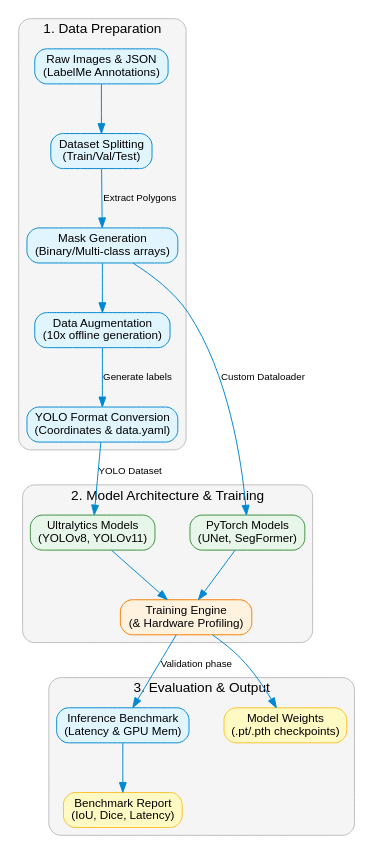
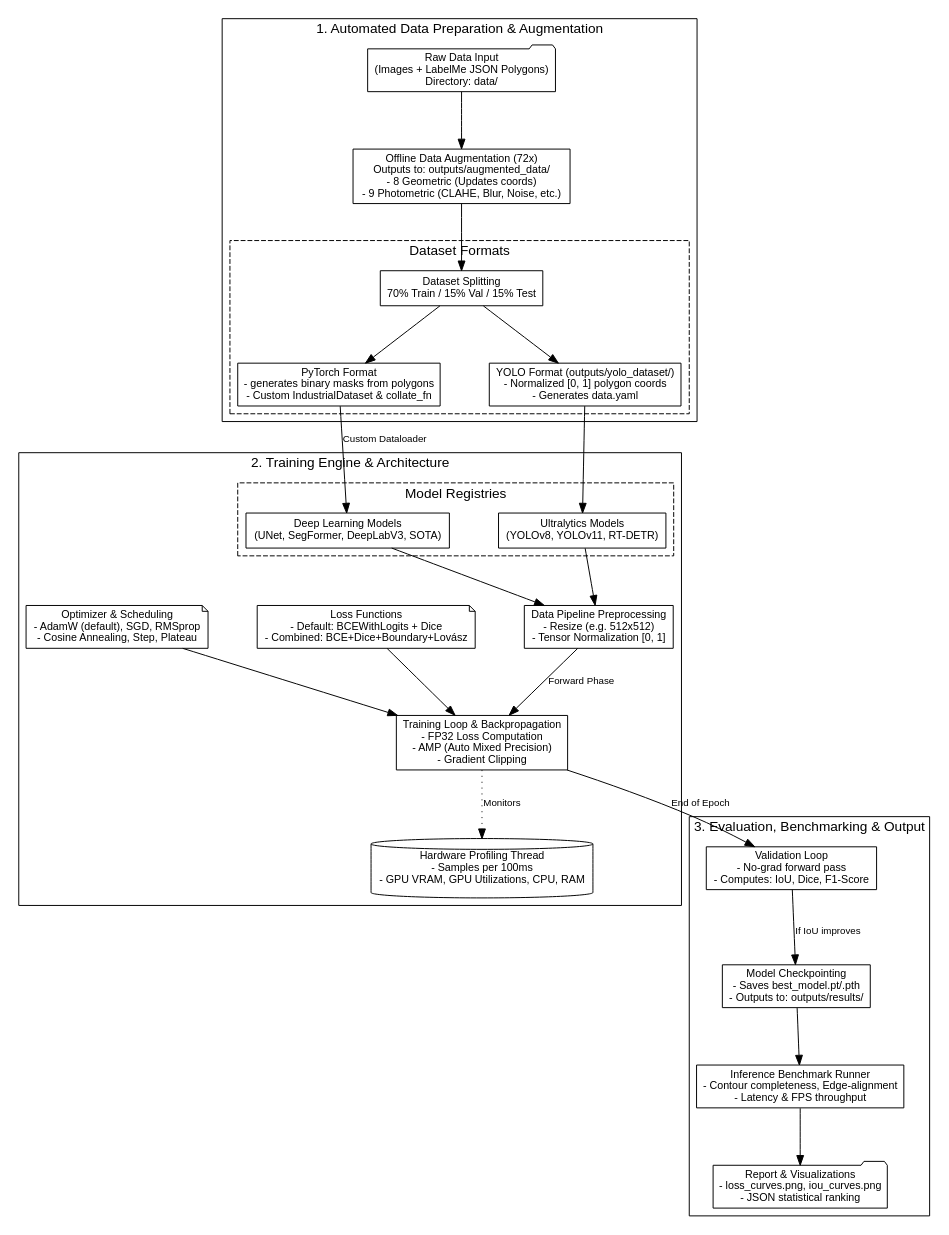
One commit to zakari4/internship-2026-stator-vision-inspection changed the diagram in docs/training_pipeline.dot. Above: the diagram before and after it, drawn with Graphviz. The commit also changed 3 other files, not shown here.

First line of the commit message:
docs: regenerate process diagrams in detailed black and white

```diff
--- a/docs/training_pipeline.dot
+++ b/docs/training_pipeline.dot
@@ -1,54 +1,80 @@
-digraph TrainingPipeline {
-    node [shape=box, style="rounded,filled", fillcolor="#e1f5fe", color="#0288d1", fontname="Arial", fontsize=12];
-    edge [color="#0288d1", fontname="Arial", fontsize=10];
+digraph DetailedTrainingPipeline {
+    node [shape=box, style="solid", color="black", fillcolor="white", fontname="Arial", fontsize=11];
+    edge [color="black", fontname="Arial", fontsize=10];
     fontname="Arial";
     rankdir=TD;
-    nodesep=0.5;
-    ranksep=0.7;
+    compound=true;
+    nodesep=0.7;
+    ranksep=0.8;
 
     subgraph cluster_data {
-        label="1. Data Preparation";
-        style="rounded,filled";
-        fillcolor="#f5f5f5";
-        color="#bdbdbd";
-        A [label="Raw Images & JSON\n(LabelMe Annotations)"];
-        B [label="Dataset Splitting\n(Train/Val/Test)"];
-        C [label="Mask Generation\n(Binary/Multi-class arrays)"];
-        D [label="Data Augmentation\n(10x offline generation)"];
-        E [label="YOLO Format Conversion\n(Coordinates & data.yaml)"];
+        label="1. Automated Data Preparation & Augmentation";
+        style="solid";
+        color="black";
         
-        A -> B;
-        B -> C [label=" Extract Polygons"];
-        C -> D;
-        D -> E [label=" Generate labels"];
+        RawData [label="Raw Data Input\n(Images + LabelMe JSON Polygons)\nDirectory: data/", shape=folder];
+        Augment [label="Offline Data Augmentation (72x)\nOutputs to: outputs/augmented_data/\n - 8 Geometric (Updates coords)\n - 9 Photometric (CLAHE, Blur, Noise, etc.)"];
+        Split [label="Dataset Splitting\n70% Train / 15% Val / 15% Test"];
+        
+        RawData -> Augment;
+        Augment -> Split;
+        
+        subgraph cluster_format {
+            label="Dataset Formats";
+            style="dashed";
+            PytorchDS [label="PyTorch Format\n- generates binary masks from polygons\n- Custom IndustrialDataset & collate_fn"];
+            YoloDS [label="YOLO Format (outputs/yolo_dataset/)\n- Normalized [0, 1] polygon coords\n- Generates data.yaml"];
+            Split -> PytorchDS;
+            Split -> YoloDS;
+        }
     }
 
-    subgraph cluster_training {
-        label="2. Model Architecture & Training";
-        style="rounded,filled";
-        fillcolor="#f5f5f5";
-        color="#bdbdbd";
-        F [label="PyTorch Models\n(UNet, SegFormer)", fillcolor="#e8f5e9", color="#388e3c"];
-        G [label="Ultralytics Models\n(YOLOv8, YOLOv11)", fillcolor="#e8f5e9", color="#388e3c"];
-        H [label="Training Engine\n(& Hardware Profiling)", fillcolor="#fff3e0", color="#f57c00"];
+    subgraph cluster_training_loop {
+        label="2. Training Engine & Architecture";
+        style="solid";
+        color="black";
         
-        C -> F [label=" Custom Dataloader"];
-        E -> G [label=" YOLO Dataset"];
-        F -> H;
-        G -> H;
+        subgraph cluster_models {
+            label="Model Registries";
+            style="dashed";
+            PyTorchModels [label="Deep Learning Models\n(UNet, SegFormer, DeepLabV3, SOTA)"];
+            UltralyticsModels [label="Ultralytics Models\n(YOLOv8, YOLOv11, RT-DETR)"];
+        }
+
+        Prep [label="Data Pipeline Preprocessing\n- Resize (e.g. 512x512)\n- Tensor Normalization [0, 1]"];
+        
+        PytorchDS -> PyTorchModels [label=" Custom Dataloader"];
+        YoloDS -> UltralyticsModels;
+
+        PyTorchModels -> Prep;
+        UltralyticsModels -> Prep;
+
+        LossFuncs [label="Loss Functions\n- Default: BCEWithLogits + Dice\n- Combined: BCE+Dice+Boundary+Lovász", shape=note];
+        Optim [label="Optimizer & Scheduling\n- AdamW (default), SGD, RMSprop\n- Cosine Annealing, Step, Plateau", shape=note];
+        
+        Backward [label="Training Loop & Backpropagation\n- FP32 Loss Computation\n- AMP (Auto Mixed Precision)\n- Gradient Clipping"];
+        
+        HW [label="Hardware Profiling Thread\n- Samples per 100ms\n- GPU VRAM, GPU Utilizations, CPU, RAM", shape=cylinder];
+
+        Prep -> Backward [label=" Forward Phase"];
+        LossFuncs -> Backward;
+        Optim -> Backward;
+        Backward -> HW [style="dotted", label=" Monitors"];
     }
 
     subgraph cluster_eval {
-        label="3. Evaluation & Output";
-        style="rounded,filled";
-        fillcolor="#f5f5f5";
-        color="#bdbdbd";
-        I [label="Inference Benchmark\n(Latency & GPU Mem)"];
-        J [label="Benchmark Report\n(IoU, Dice, Latency)", fillcolor="#fff9c4", color="#fbc02d"];
-        K [label="Model Weights\n(.pt/.pth checkpoints)", fillcolor="#fff9c4", color="#fbc02d"];
+        label="3. Evaluation, Benchmarking & Output";
+        style="solid";
+        color="black";
         
-        H -> I [label=" Validation phase"];
-        I -> J;
-        H -> K;
+        ValLoop [label="Validation Loop\n- No-grad forward pass\n- Computes: IoU, Dice, F1-Score"];
+        Checkpoint [label="Model Checkpointing\n- Saves best_model.pt/.pth\n- Outputs to: outputs/results/"];
+        Benchmark [label="Inference Benchmark Runner\n- Contour completeness, Edge-alignment\n- Latency & FPS throughput"];
+        Report [label="Report & Visualizations\n- loss_curves.png, iou_curves.png\n- JSON statistical ranking", shape=folder];
+
+        Backward -> ValLoop [label=" End of Epoch"];
+        ValLoop -> Checkpoint [label=" If IoU improves"];
+        Checkpoint -> Benchmark;
+        Benchmark -> Report;
     }
 }
```
